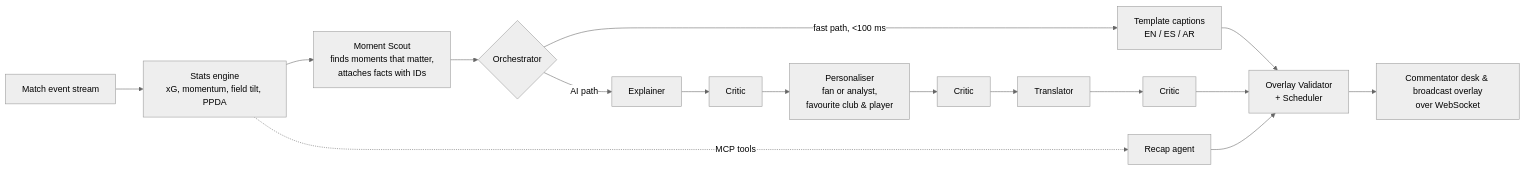
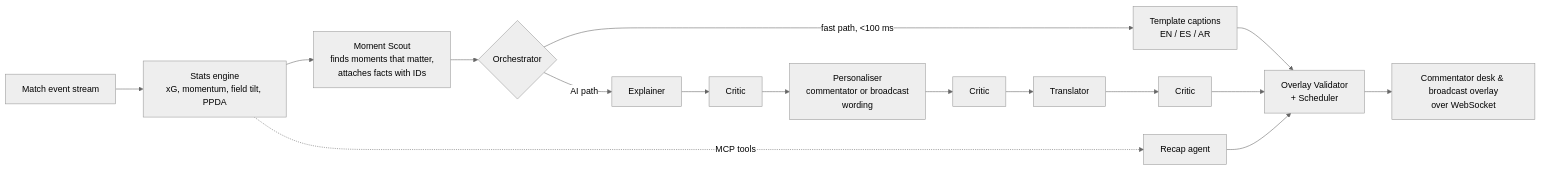
One commit to Darlcode101/premier-analytics changed the diagram in README.md. Above: the diagram before and after it, drawn with Mermaid (neutral theme). The commit also changed other lines of this file and 7 other files, not shown here.

````diff
--- a/README.md
+++ b/README.md
@@ -26,13 +26,13 @@
 ```mermaid
 flowchart LR
     S[Match event stream] --> E[Stats engine<br/>xG, momentum, field tilt, PPDA]
     E --> M[Moment Scout<br/>finds moments that matter,<br/>attaches facts with IDs]
     E -. MCP tools .-> R[Recap agent]
     M --> O{Orchestrator}
     O -->|fast path, &lt;100 ms| T[Template captions<br/>EN / ES / AR]
-    O -->|AI path| X[Explainer] --> C1[Critic] --> P[Personaliser<br/>fan or analyst,<br/>favourite club & player] --> C2[Critic] --> L[Translator] --> C3[Critic]
+    O -->|AI path| X[Explainer] --> C1[Critic] --> P[Personaliser<br/>commentator or broadcast<br/>wording] --> C2[Critic] --> L[Translator] --> C3[Critic]
     T --> V[Overlay Validator<br/>+ Scheduler]
     C3 --> V
     R --> V
     V --> U[Commentator desk & broadcast overlay<br/>over WebSocket]
 ```
````
